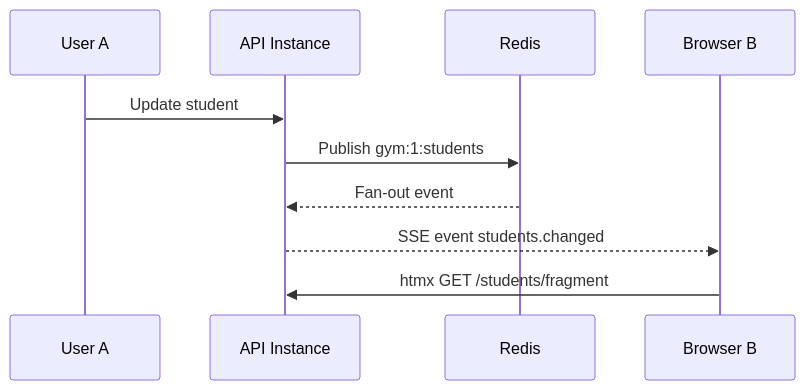
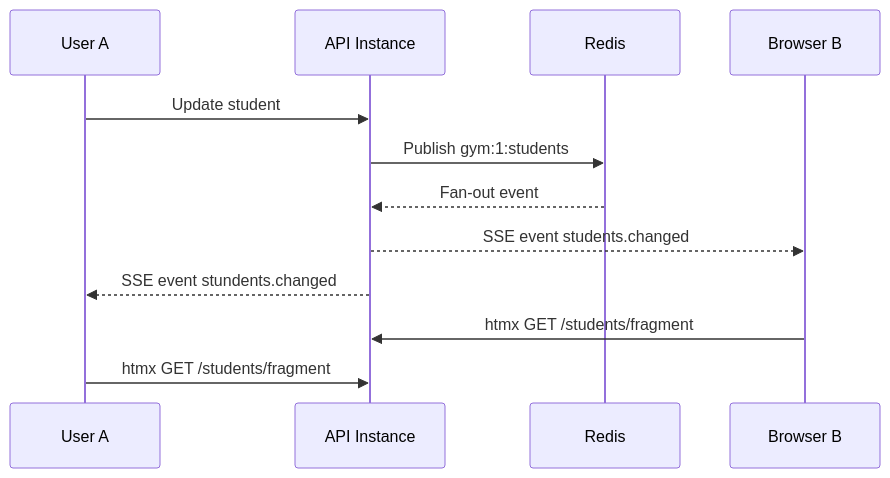
Before and after one commit to PabloPavan/eventrail: the second of 2 diagrams in README.md, drawn with Mermaid. The commit also changed other lines of this file, not shown here.

````diff
--- a/README.md
+++ b/README.md
@@ -88,13 +68,15 @@
 ```mermaid
 sequenceDiagram
     participant UserA as User A
     participant API as API Instance
     participant Redis as Redis
     participant BrowserB as Browser B
 
     UserA->>API: Update student
     API->>Redis: Publish gym:1:students
     Redis-->>API: Fan-out event
     API-->>BrowserB: SSE event students.changed
+    API-->>UserA: SSE event stundents.changed 
     BrowserB->>API: htmx GET /students/fragment
+    UserA->>API: htmx GET /students/fragment
 ```
````
